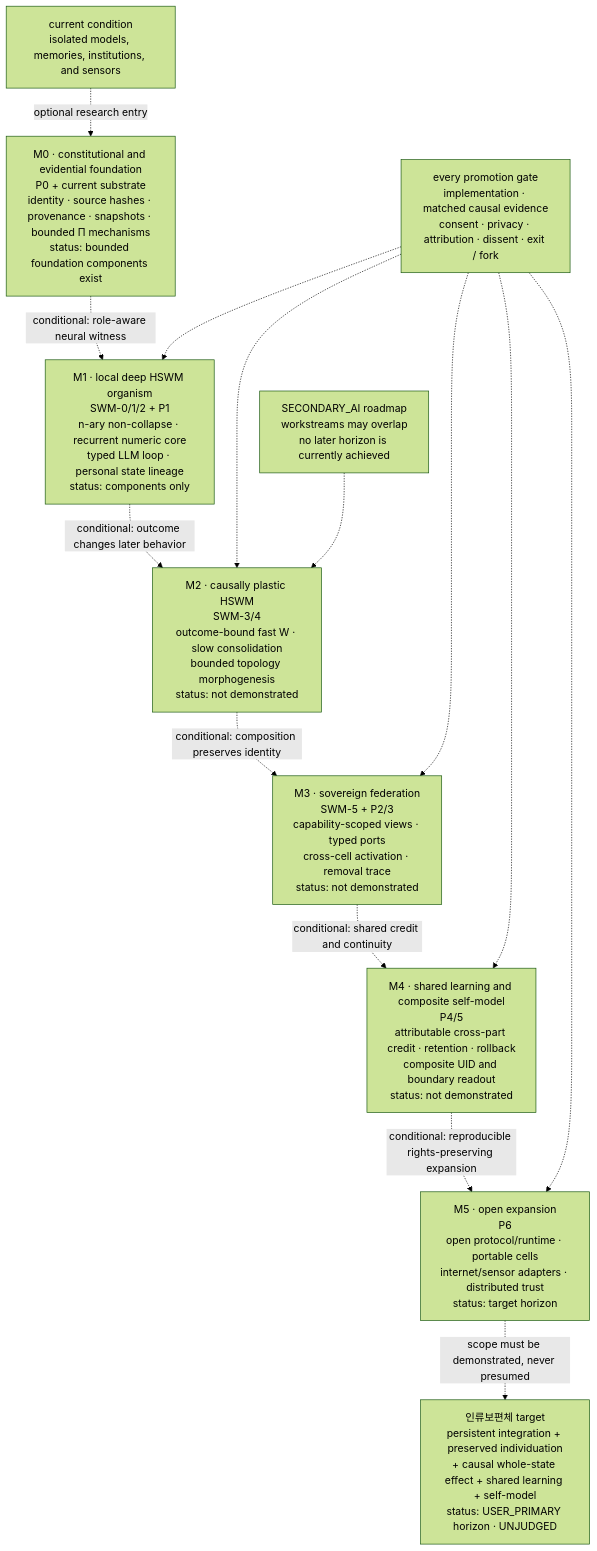
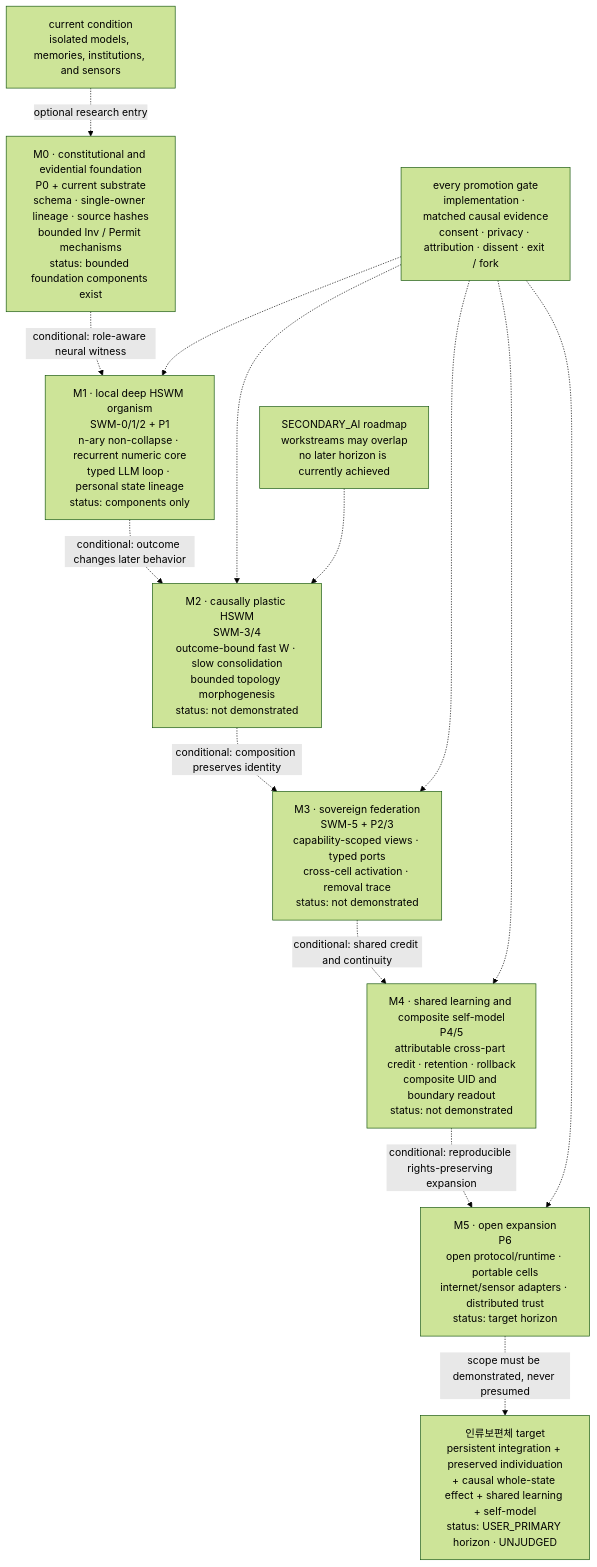
The seventh of 8 diagrams in README.md (gj3447/HSWM), drawn with Mermaid (forest theme) before and after one commit. The commit also changed other lines of this file and 18 other files, not shown here.

Commit message:
docs: adopt schema-relative atom ownership

````diff
--- a/README.md
+++ b/README.md
@@ -491,35 +500,35 @@
 ```mermaid
 flowchart TB
   NOWM["current condition<br/>isolated models, memories, institutions, and sensors"]
 
-  M0["M0 · constitutional and evidential foundation<br/>P0 + current substrate<br/>identity · source hashes · provenance · snapshots · bounded Π mechanisms<br/>status: bounded foundation components exist"]
+  M0["M0 · constitutional and evidential foundation<br/>P0 + current substrate<br/>schema · single-owner lineage · source hashes<br/>bounded Inv / Permit mechanisms<br/>status: bounded foundation components exist"]
 
   M1["M1 · local deep HSWM organism<br/>SWM-0/1/2 + P1<br/>n-ary non-collapse · recurrent numeric core<br/>typed LLM loop · personal state lineage<br/>status: components only"]
 
   M2["M2 · causally plastic HSWM<br/>SWM-3/4<br/>outcome-bound fast W · slow consolidation<br/>bounded topology morphogenesis<br/>status: not demonstrated"]
 
   M3["M3 · sovereign federation<br/>SWM-5 + P2/3<br/>capability-scoped views · typed ports<br/>cross-cell activation · removal trace<br/>status: not demonstrated"]
 
   M4["M4 · shared learning and composite self-model<br/>P4/5<br/>attributable cross-part credit · retention · rollback<br/>composite UID and boundary readout<br/>status: not demonstrated"]
 
   M5["M5 · open expansion<br/>P6<br/>open protocol/runtime · portable cells<br/>internet/sensor adapters · distributed trust<br/>status: target horizon"]
 
   UMACRO["인류보편체 target<br/>persistent integration + preserved individuation<br/>+ causal whole-state effect + shared learning + self-model<br/>status: USER_PRIMARY horizon · UNJUDGED"]
 
   NOWM -.->|"optional research entry"| M0
   M0 -.->|"conditional: role-aware neural witness"| M1
   M1 -.->|"conditional: outcome changes later behavior"| M2
   M2 -.->|"conditional: composition preserves identity"| M3
   M3 -.->|"conditional: shared credit and continuity"| M4
   M4 -.->|"conditional: reproducible rights-preserving expansion"| M5
   M5 -.->|"scope must be demonstrated, never presumed"| UMACRO
 
   GATEM["every promotion gate<br/>implementation · matched causal evidence<br/>consent · privacy · attribution · dissent · exit / fork"]
   GATEM -.-> M1
   GATEM -.-> M2
   GATEM -.-> M3
   GATEM -.-> M4
   GATEM -.-> M5
 
   STATUSM["SECONDARY_AI roadmap<br/>workstreams may overlap<br/>no later horizon is currently achieved"] -.-> M2
 ```
````
